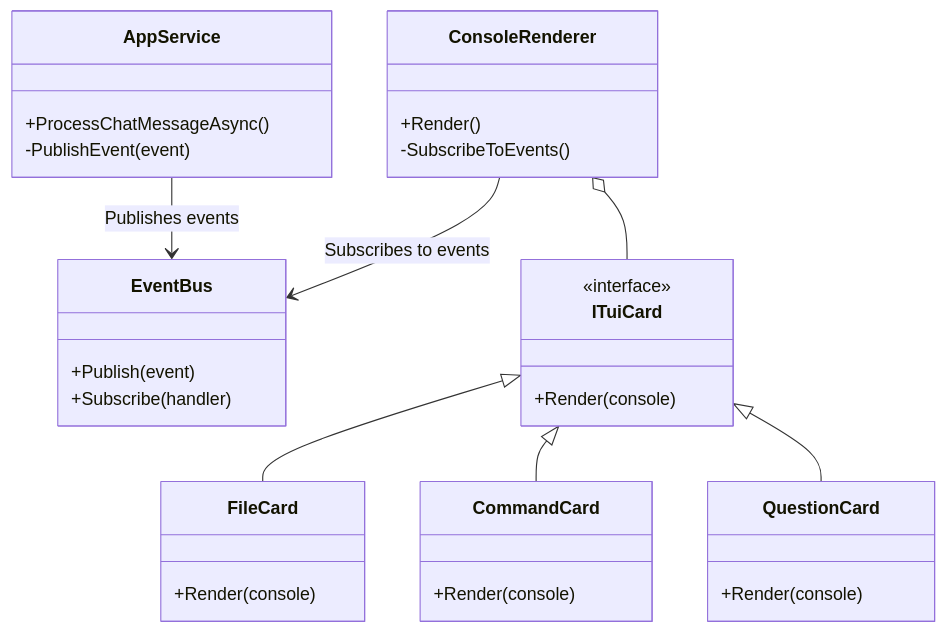
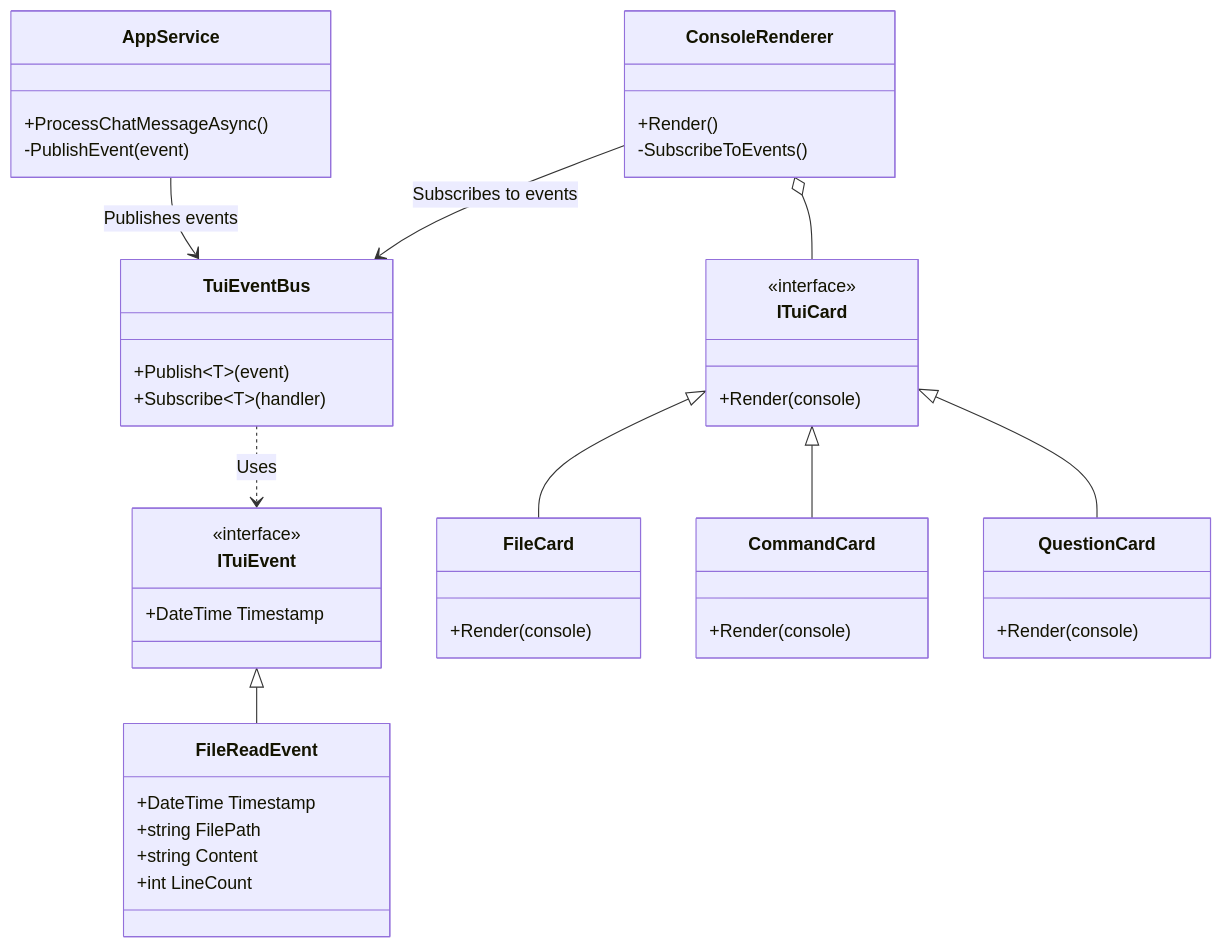
One commit to peakflames/mogzi changed the second of 2 diagrams in docs/features/tui/architecture_and_design.md. Above: the diagram before and after it, drawn with Mermaid. The commit also changed other lines of this file and 2 other files, not shown here.

Commit message:
add TUI project docs - sonnet review

````diff
--- a/docs/features/tui/architecture_and_design.md
+++ b/docs/features/tui/architecture_and_design.md
@@ -58,35 +92,47 @@
 ```mermaid
 classDiagram
     class AppService {
         +ProcessChatMessageAsync()
         -PublishEvent(event)
     }
-    class EventBus {
-        +Publish(event)
-        +Subscribe(handler)
+    class TuiEventBus {
+        +Publish~T~(event)
+        +Subscribe~T~(handler)
+    }
+    class ITuiEvent {
+        <<interface>>
+        +DateTime Timestamp
     }
     class ConsoleRenderer {
         +Render()
         -SubscribeToEvents()
     }
     class ITuiCard {
         <<interface>>
         +Render(console)
     }
     class FileCard {
         +Render(console)
     }
     class CommandCard {
         +Render(console)
     }
     class QuestionCard {
         +Render(console)
     }
+    class FileReadEvent {
+        +DateTime Timestamp
+        +string FilePath
+        +string Content
+        +int LineCount
+    }
 
-    AppService --> EventBus : Publishes events
-    ConsoleRenderer --> EventBus : Subscribes to events
+    AppService --> TuiEventBus : Publishes events
+    ConsoleRenderer --> TuiEventBus : Subscribes to events
     ConsoleRenderer o-- ITuiCard
     ITuiCard <|-- FileCard
     ITuiCard <|-- CommandCard
     ITuiCard <|-- QuestionCard
+    ITuiEvent <|-- FileReadEvent
+    TuiEventBus ..> ITuiEvent : Uses
 ```
````
